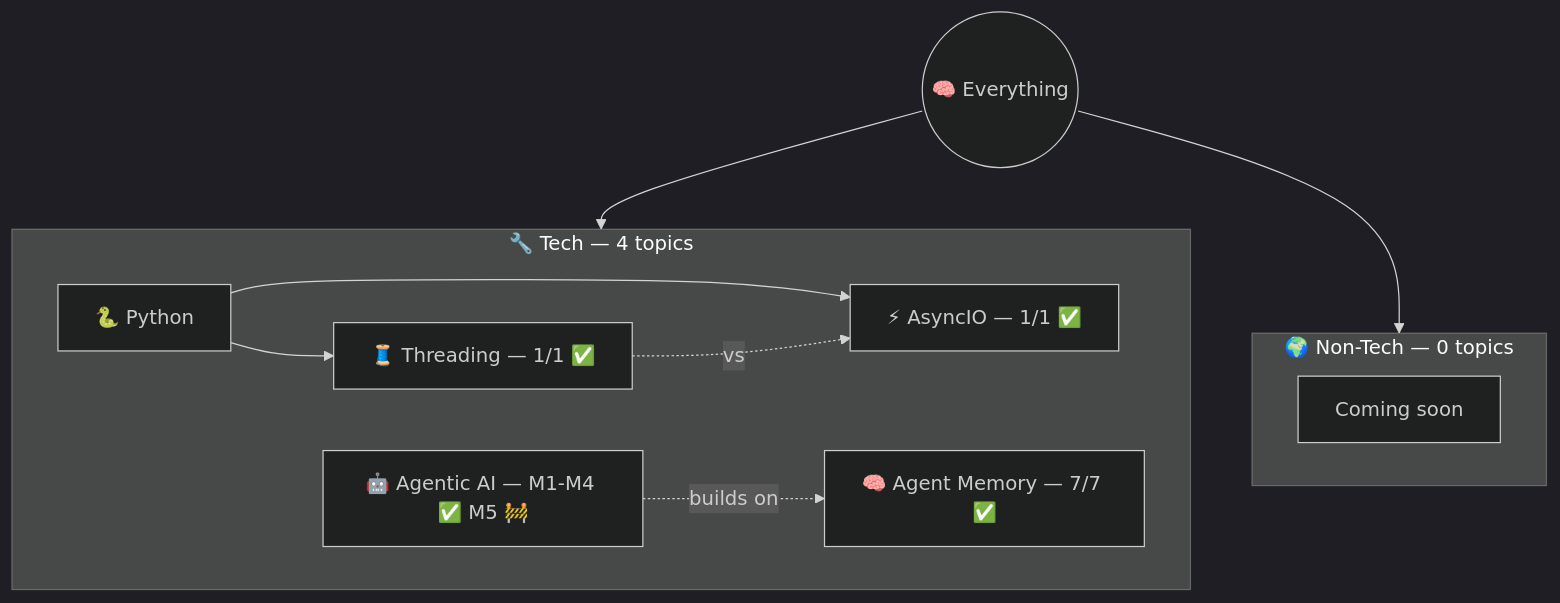
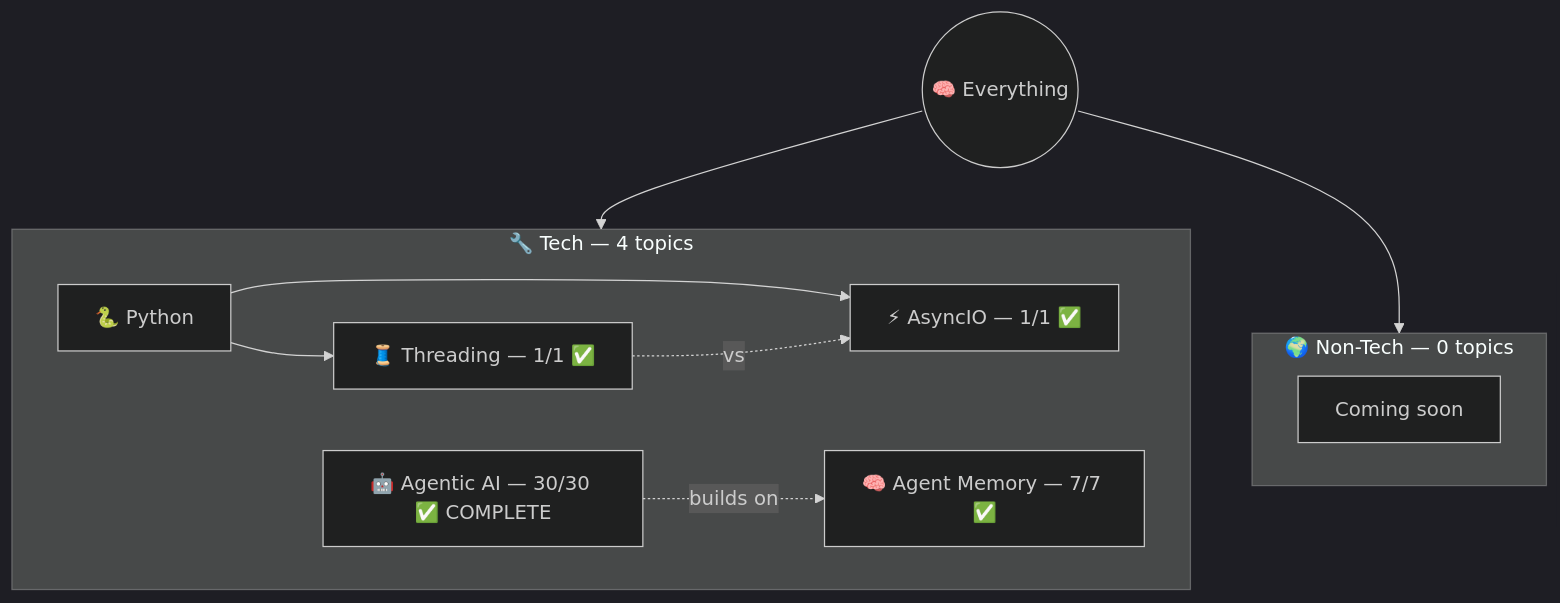
One commit to AyushSonuu/my-memory changed the diagram in _maps/everything.md. Above: the diagram before and after it, drawn with Mermaid (dark theme). The commit also changed other lines of this file and 264 other files, not shown here.

First line of the commit message:
🎓 COMPLETE: Agentic AI Module 5 — Planning, Multi-Agent, Communication Patterns (30/30 lessons!) 🎉

````diff
--- a/_maps/everything.md
+++ b/_maps/everything.md
@@ -5,21 +5,21 @@
 ```mermaid
 graph TB
     ROOT(("🧠 Everything"))
     
     subgraph TECH ["🔧 Tech — 4 topics"]
-        AG["🤖 Agentic AI — M1-M4 ✅ M5 🚧"]
+        AG["🤖 Agentic AI — 30/30 ✅ COMPLETE"]
         AM["🧠 Agent Memory — 7/7 ✅"]
         PY["🐍 Python"]
         PY --> AIO["⚡ AsyncIO — 1/1 ✅"]
         PY --> THR["🧵 Threading — 1/1 ✅"]
         AG -.->|"builds on"| AM
         THR -.->|"vs"| AIO
     end
 
     subgraph NT ["🌍 Non-Tech — 0 topics"]
         NTE["Coming soon"]
     end
 
     ROOT --> TECH
     ROOT --> NT
 ```
````
